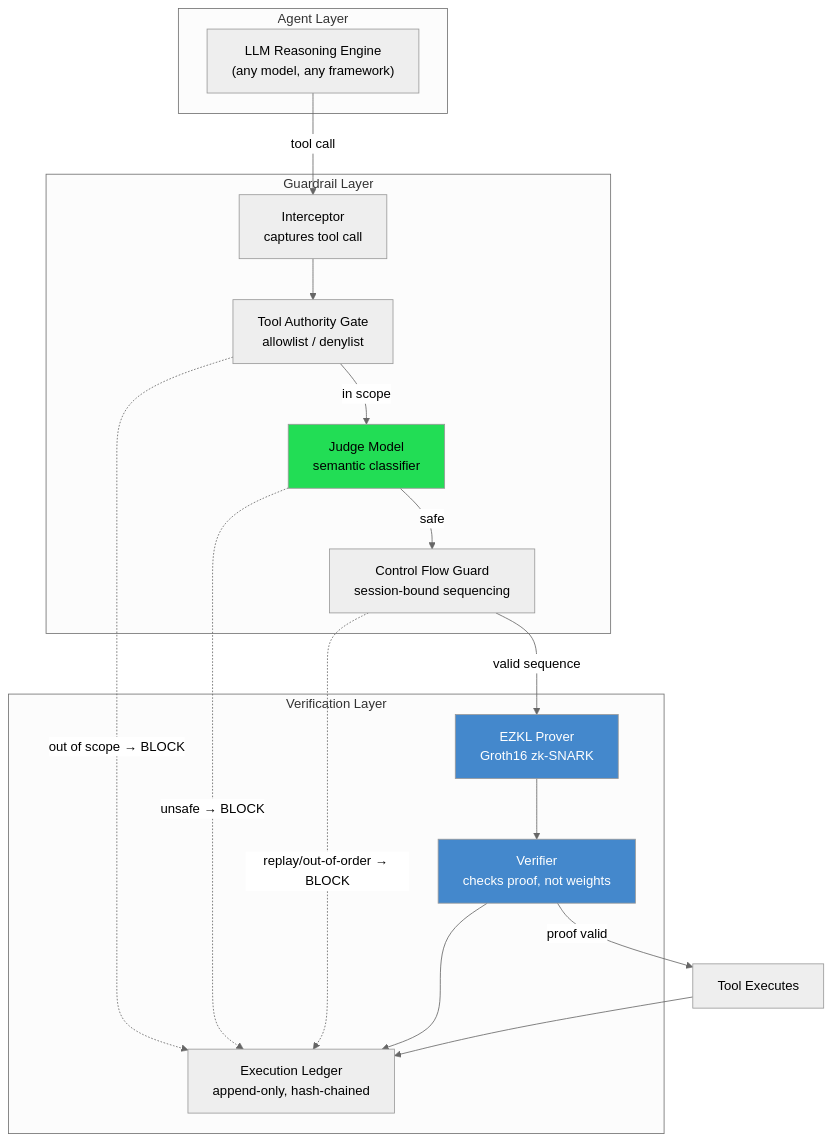
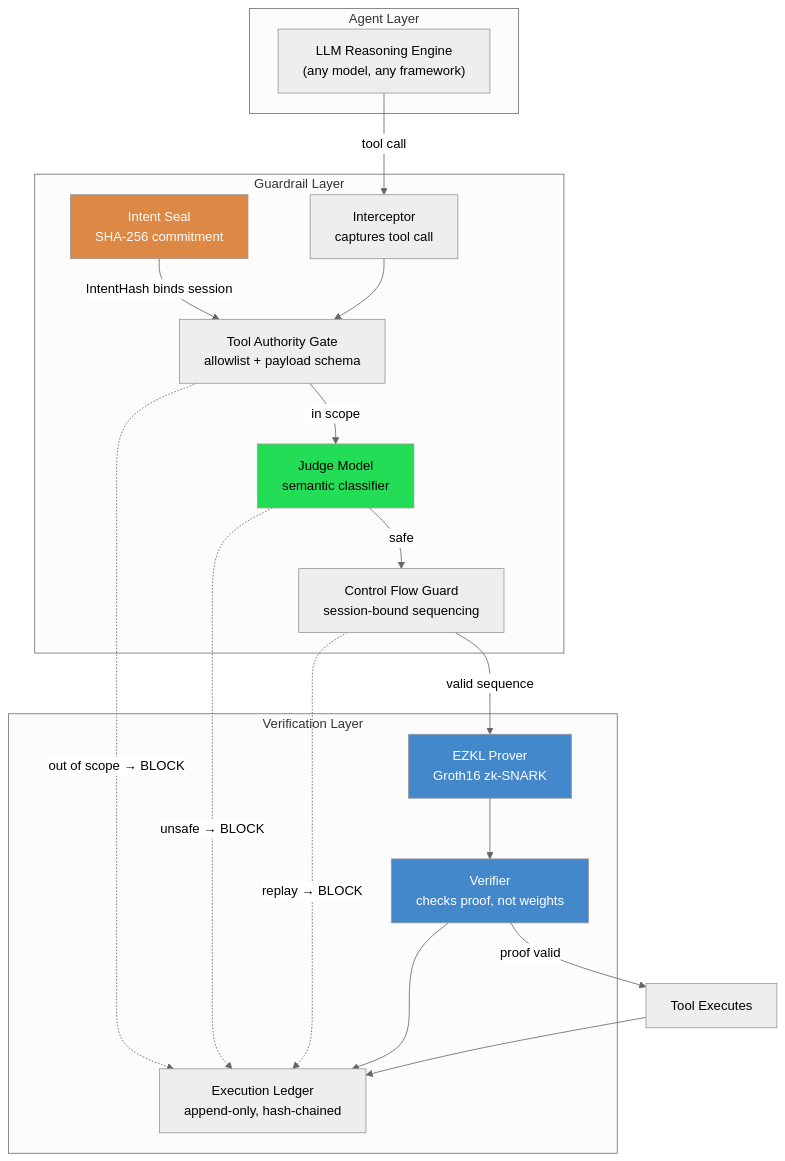
Before and after one commit to Addyk-24/Niyam-AI: the first of 5 diagrams in README.md, drawn with Mermaid (neutral theme). The commit also changed other lines of this file and 2 other files, not shown here.

Commit message:
added readme updated with architectural and systems and requirement file and gitignore

````diff
--- a/README.md
+++ b/README.md
@@ -27,36 +27,40 @@
 ```mermaid
 flowchart TB
     subgraph Agent["Agent Layer"]
         LLM["LLM Reasoning Engine<br/>(any model, any framework)"]
     end
 
     subgraph Guardrail["Guardrail Layer"]
+        Seal["Intent Seal<br/>SHA-256 commitment"]
         Intercept["Interceptor<br/>captures tool call"]
-        Gate["Tool Authority Gate<br/>allowlist / denylist"]
+        Gate["Tool Authority Gate<br/>allowlist + payload schema"]
         Judge["Judge Model<br/>semantic classifier"]
         Flow["Control Flow Guard<br/>session-bound sequencing"]
     end
 
     subgraph Verification["Verification Layer"]
         Prove["EZKL Prover<br/>Groth16 zk-SNARK"]
         Verify["Verifier<br/>checks proof, not weights"]
         Ledger["Execution Ledger<br/>append-only, hash-chained"]
     end
 
+    Seal -->|"IntentHash binds session"| Gate
+
     LLM -->|"tool call"| Intercept
     Intercept --> Gate
     Gate -->|"in scope"| Judge
     Gate -.->|"out of scope → BLOCK"| Ledger
     Judge -->|"safe"| Flow
     Judge -.->|"unsafe → BLOCK"| Ledger
     Flow -->|"valid sequence"| Prove
-    Flow -.->|"replay/out-of-order → BLOCK"| Ledger
+    Flow -.->|"replay → BLOCK"| Ledger
     Prove --> Verify
     Verify -->|"proof valid"| Execute["Tool Executes"]
     Verify --> Ledger
     Execute --> Ledger
 
     style Judge fill:#2d5,color:#000
     style Prove fill:#48c,color:#fff
     style Verify fill:#48c,color:#fff
+    style Seal fill:#d84,color:#fff
 ```
````
